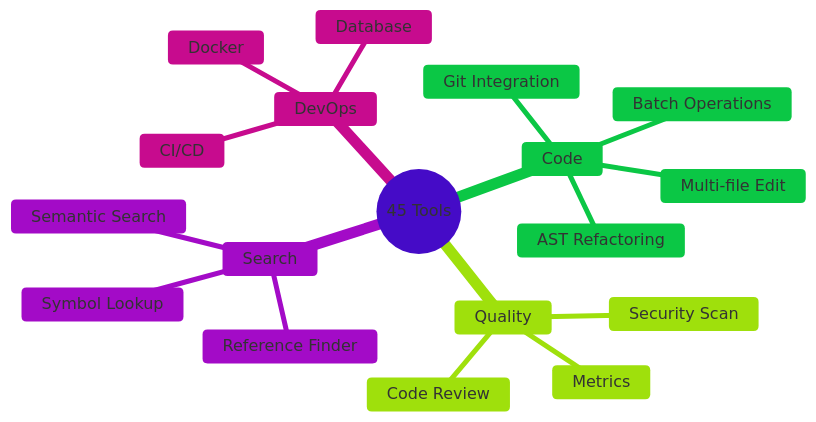
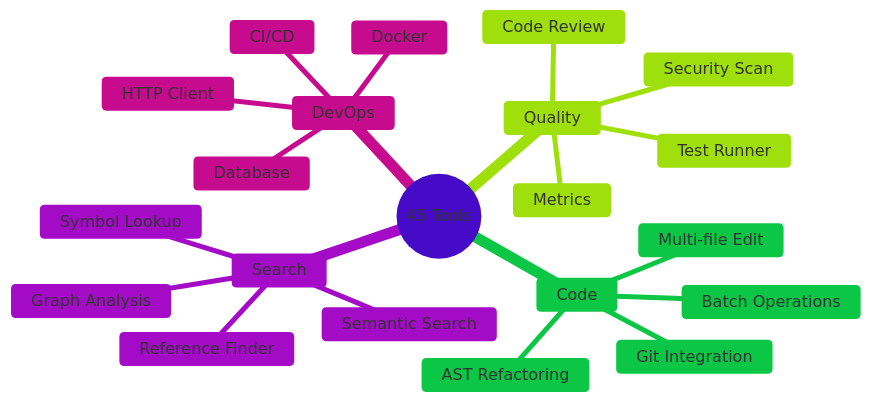
One commit to vjsingh1984/victor changed the third of 6 diagrams in README.md. Above: the diagram before and after it, drawn with Mermaid. The commit also changed other lines of this file and 3 other files, not shown here.

````diff
--- a/README.md
+++ b/README.md
@@ -192,22 +229,25 @@
 ```mermaid
 %%{init: {'theme': 'base', 'themeVariables': { 'primaryColor': '#8B5CF6'}}}%%
 mindmap
   root((45 Tools))
     Code
       Multi-file Edit
       Batch Operations
       AST Refactoring
       Git Integration
     Quality
       Code Review
       Security Scan
       Metrics
+      Test Runner
     Search
       Semantic Search
       Symbol Lookup
       Reference Finder
+      Graph Analysis
     DevOps
       Docker
       Database
       CI/CD
+      HTTP Client
 ```
````
